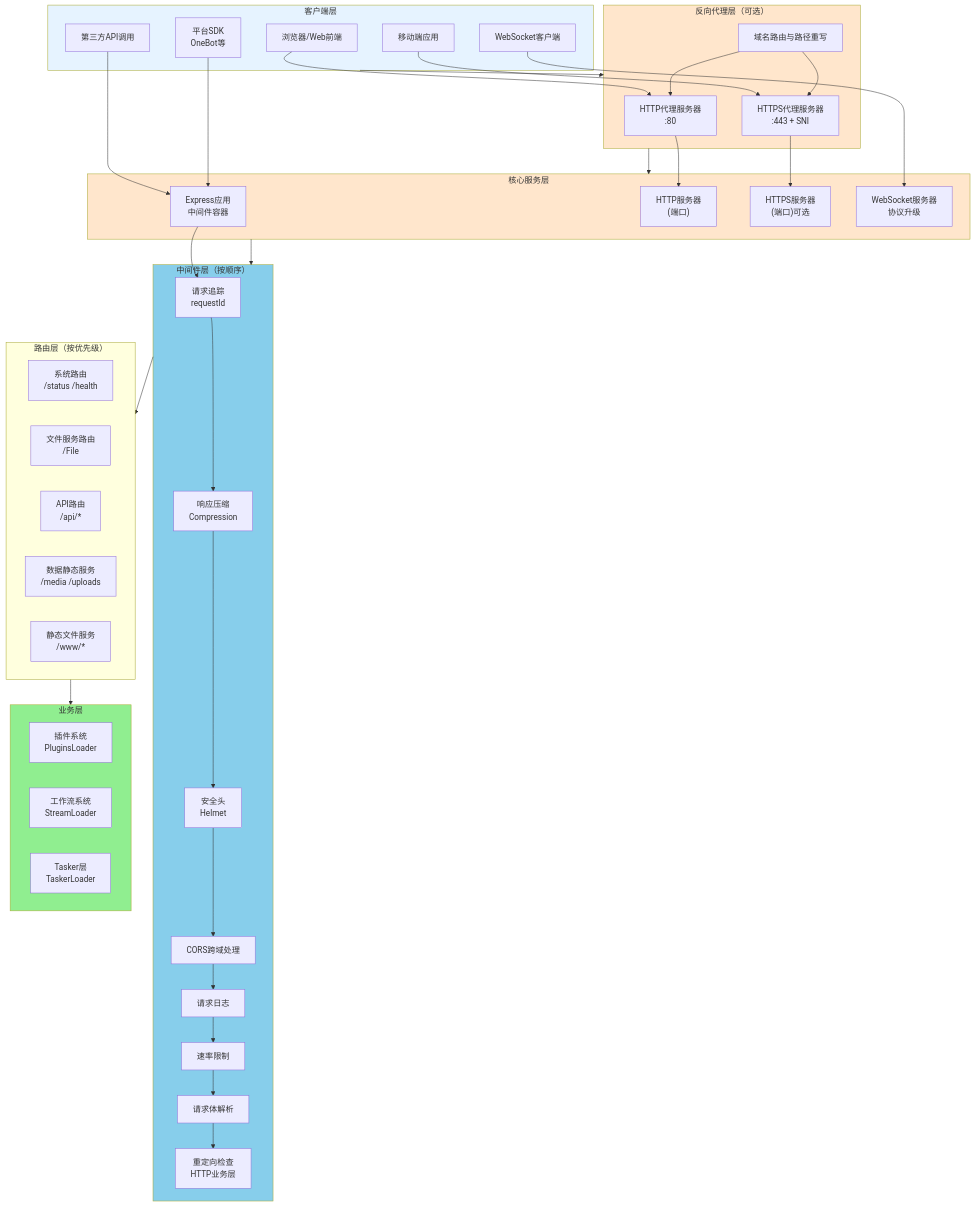
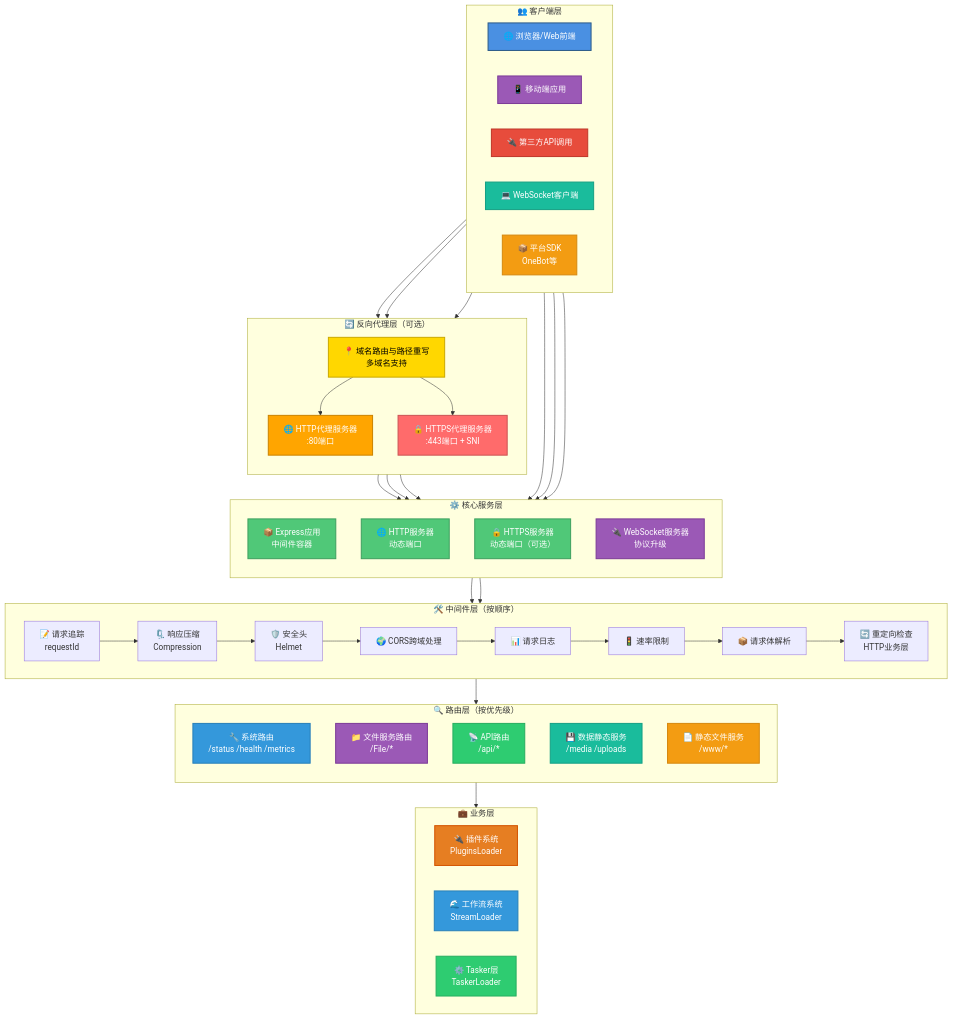
Before and after one commit to sunflowermm/XRK-AGT: the first of 13 diagrams in docs/server.md, drawn with Mermaid. The commit also changed other lines of this file and 9 other files, not shown here.

````diff
--- a/docs/server.md
+++ b/docs/server.md
@@ -37,35 +37,55 @@
 ```mermaid
 flowchart TB
-    subgraph Clients["客户端层"]
-        Browser["浏览器/Web前端"]
-        Mobile["移动端应用"]
-        ThirdAPI["第三方API调用"]
-        WSClient["WebSocket客户端"]
-        SDK["平台SDK<br/>OneBot等"]
+    subgraph Clients["👥 客户端层"]
+        direction LR
+        Browser["🌐 浏览器/Web前端"]
+        Mobile["📱 移动端应用"]
+        ThirdAPI["🔌 第三方API调用"]
+        WSClient["💻 WebSocket客户端"]
+        SDK["📦 平台SDK<br/>OneBot等"]
     end
     
-    subgraph Proxy["反向代理层（可选）"]
-        HTTPProxy["HTTP代理服务器<br/>:80"]
-        HTTPSProxy["HTTPS代理服务器<br/>:443 + SNI"]
-        DomainRoute["域名路由与路径重写"]
+    subgraph Proxy["🔄 反向代理层（可选）"]
+        direction TB
+        HTTPProxy["🌐 HTTP代理服务器<br/>:80端口"]
+        HTTPSProxy["🔒 HTTPS代理服务器<br/>:443端口 + SNI"]
+        DomainRoute["📍 域名路由与路径重写<br/>多域名支持"]
     end
     
-    subgraph Core["核心服务层"]
-        Express["Express应用<br/>中间件容器"]
-        HTTPServer["HTTP服务器<br/>(端口)"]
-        HTTPSServer["HTTPS服务器<br/>(端口)可选"]
-        WSServer["WebSocket服务器<br/>协议升级"]
+    subgraph Core["⚙️ 核心服务层"]
+        direction TB
+        Express["📦 Express应用<br/>中间件容器"]
+        HTTPServer["🌐 HTTP服务器<br/>动态端口"]
+        HTTPSServer["🔒 HTTPS服务器<br/>动态端口（可选）"]
+        WSServer["🔌 WebSocket服务器<br/>协议升级"]
     end
     
-    subgraph Middleware["中间件层（按顺序）"]
-        Track["请求追踪<br/>requestId"]
-        Compression["响应压缩<br/>Compression"]
-        Helmet["安全头<br/>Helmet"]
-        CORS["CORS跨域处理"]
-        Logging["请求日志"]
-        RateLimit["速率限制"]
-        BodyParser["请求体解析"]
-        Redirect["重定向检查<br/>HTTP业务层"]
+    subgraph Middleware["🛠️ 中间件层（按顺序）"]
+        direction LR
+        Track["📝 请求追踪<br/>requestId"]
+        Compression["🗜️ 响应压缩<br/>Compression"]
+        Helmet["🛡️ 安全头<br/>Helmet"]
+        CORS["🌍 CORS跨域处理"]
+        Logging["📊 请求日志"]
+        RateLimit["🚦 速率限制"]
+        BodyParser["📦 请求体解析"]
+        Redirect["🔄 重定向检查<br/>HTTP业务层"]
+    end
+    
+    subgraph Routes["🔍 路由层（按优先级）"]
+        direction TB
+        SystemRoute["🔧 系统路由<br/>/status /health /metrics"]
+        FileRoute["📁 文件服务路由<br/>/File/*"]
+        APIRoute["📡 API路由<br/>/api/*"]
+        MediaRoute["💾 数据静态服务<br/>/media /uploads"]
+        StaticRoute["📄 静态文件服务<br/>/www/*"]
+    end
+    
+    subgraph Business["💼 业务层"]
+        direction LR
+        Plugins["🔌 插件系统<br/>PluginsLoader"]
+        Streams["🌊 工作流系统<br/>StreamLoader"]
+        Taskers["⚙️ Tasker层<br/>TaskerLoader"]
     end
     
     Browser --> HTTPProxy
@@ -88,32 +108,30 @@
     RateLimit --> BodyParser
     BodyParser --> Redirect
     
-    style Clients fill:#E6F3FF
-    style Proxy fill:#FFE6CC
-    style Core fill:#90EE90
-    style Middleware fill:#87CEEB
-    
-    subgraph Routes["路由层（按优先级）"]
-        SystemRoute[系统路由<br/>/status /health]
-        FileRoute[文件服务路由<br/>/File]
-        APIRoute[API路由<br/>/api/*]
-        MediaRoute[数据静态服务<br/>/media /uploads]
-        StaticRoute[静态文件服务<br/>/www/*]
-    end
-    
-    subgraph Business["业务层"]
-        Plugins[插件系统<br/>PluginsLoader]
-        Streams[工作流系统<br/>StreamLoader]
-        Taskers[Tasker层<br/>TaskerLoader]
-    end
-    
     Clients --> Proxy
     Proxy --> Core
     Core --> Middleware
     Middleware --> Routes
     Routes --> Business
     
-    style Clients fill:#E6F3FF
-    style Core fill:#FFE6CC
-    style Business fill:#90EE90
+    style Browser fill:#4A90E2,stroke:#2E5C8A,stroke-width:2px,color:#fff
+    style Mobile fill:#9B59B6,stroke:#7D3C98,stroke-width:2px,color:#fff
+    style ThirdAPI fill:#E74C3C,stroke:#C0392B,stroke-width:2px,color:#fff
+    style WSClient fill:#1ABC9C,stroke:#16A085,stroke-width:2px,color:#fff
+    style SDK fill:#F39C12,stroke:#D68910,stroke-width:2px,color:#fff
+    style HTTPProxy fill:#FFA500,stroke:#CC8400,stroke-width:2px,color:#fff
+    style HTTPSProxy fill:#FF6B6B,stroke:#CC5555,stroke-width:2px,color:#fff
+    style DomainRoute fill:#FFD700,stroke:#CCAA00,stroke-width:2px,color:#000
+    style Express fill:#50C878,stroke:#3FA060,stroke-width:2px,color:#fff
+    style HTTPServer fill:#50C878,stroke:#3FA060,stroke-width:2px,color:#fff
+    style HTTPSServer fill:#50C878,stroke:#3FA060,stroke-width:2px,color:#fff
+    style WSServer fill:#9B59B6,stroke:#7D3C98,stroke-width:2px,color:#fff
+    style SystemRoute fill:#3498DB,stroke:#2980B9,stroke-width:2px,color:#fff
+    style FileRoute fill:#9B59B6,stroke:#7D3C98,stroke-width:2px,color:#fff
+    style APIRoute fill:#2ECC71,stroke:#27AE60,stroke-width:2px,color:#fff
+    style MediaRoute fill:#1ABC9C,stroke:#16A085,stroke-width:2px,color:#fff
+    style StaticRoute fill:#F39C12,stroke:#D68910,stroke-width:2px,color:#fff
+    style Plugins fill:#E67E22,stroke:#D35400,stroke-width:2px,color:#fff
+    style Streams fill:#3498DB,stroke:#2980B9,stroke-width:2px,color:#fff
+    style Taskers fill:#2ECC71,stroke:#27AE60,stroke-width:2px,color:#fff
 ```
````
